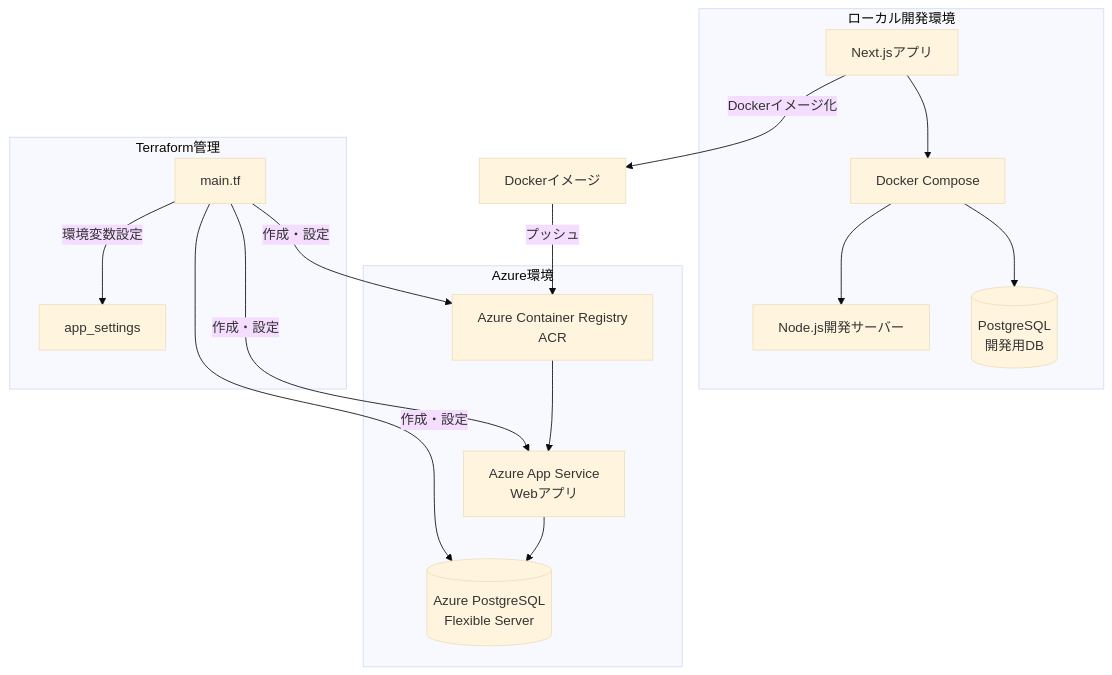
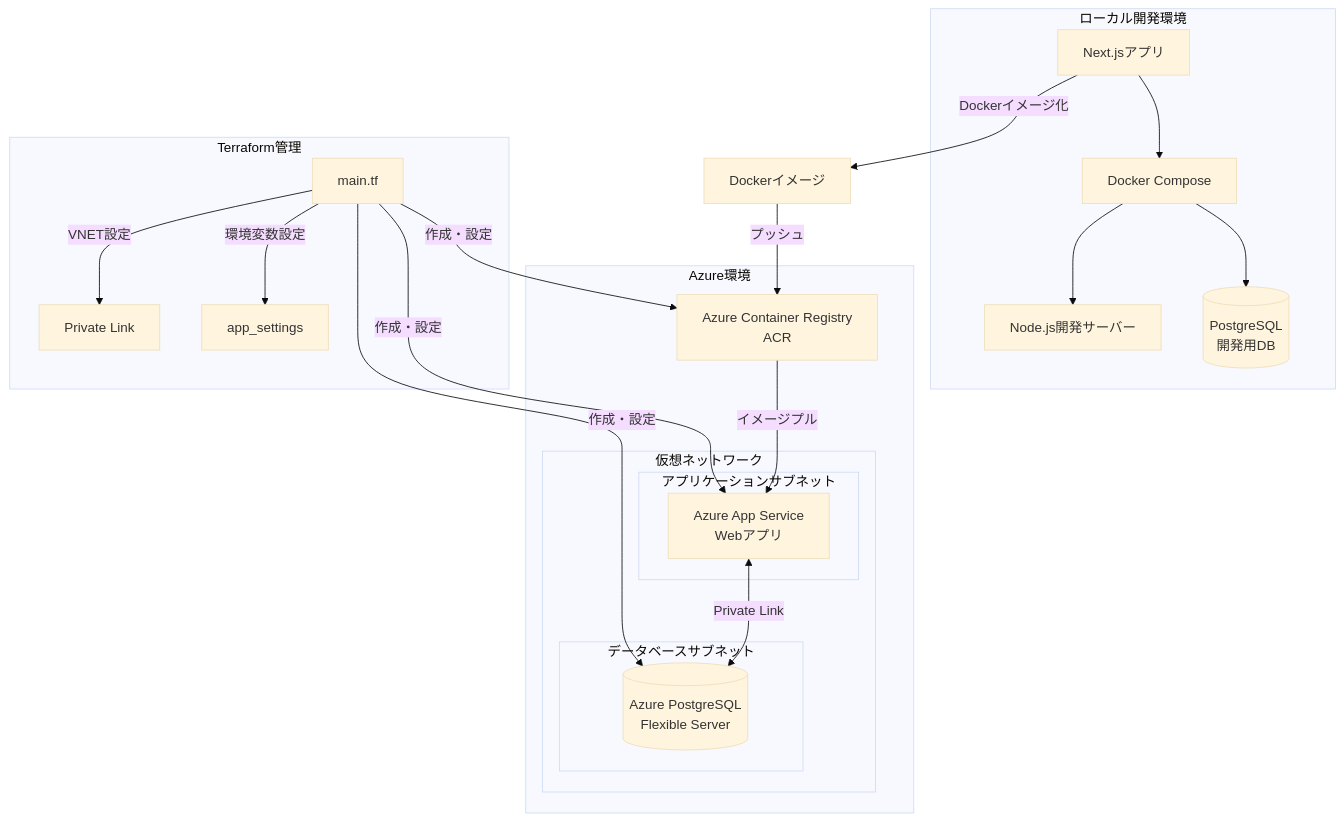
The first of 2 diagrams in docs/deploy_az.md (omcs-i-a/my-next-app), drawn with Mermaid (base theme) before and after one commit. The commit also changed other lines of this file and 1 other file, not shown here.

````diff
--- a/docs/deploy_az.md
+++ b/docs/deploy_az.md
@@ -61,23 +61,35 @@
 ```mermaid
 graph TB
     subgraph "ローカル開発環境"
         A[Next.jsアプリ] --> B[Docker Compose]
         B --> C[(PostgreSQL<br>開発用DB)]
         B --> D[Node.js開発サーバー]
     end
 
     subgraph "Azure環境"
-        E[Azure Container Registry<br>ACR] --> F[Azure App Service<br>Webアプリ]
-        F --> G[(Azure PostgreSQL<br>Flexible Server)]
+        subgraph "仮想ネットワーク"
+            subgraph "アプリケーションサブネット"
+                F[Azure App Service<br>Webアプリ]
+            end
+            
+            subgraph "データベースサブネット"
+                G[(Azure PostgreSQL<br>Flexible Server)]
+            end
+            
+            F <--> |Private Link| G
+        end
+        
+        E[Azure Container Registry<br>ACR] --> |イメージプル| F
     end
 
     subgraph "Terraform管理"
         H[main.tf] --> |作成・設定|E
         H --> |作成・設定|F
         H --> |作成・設定|G
         H --> |環境変数設定|I[app_settings]
+        H --> |VNET設定|J[Private Link]
     end
 
-    A --> |Dockerイメージ化|J[Dockerイメージ]
-    J --> |プッシュ|E
+    A --> |Dockerイメージ化|K[Dockerイメージ]
+    K --> |プッシュ|E
 ```
````
